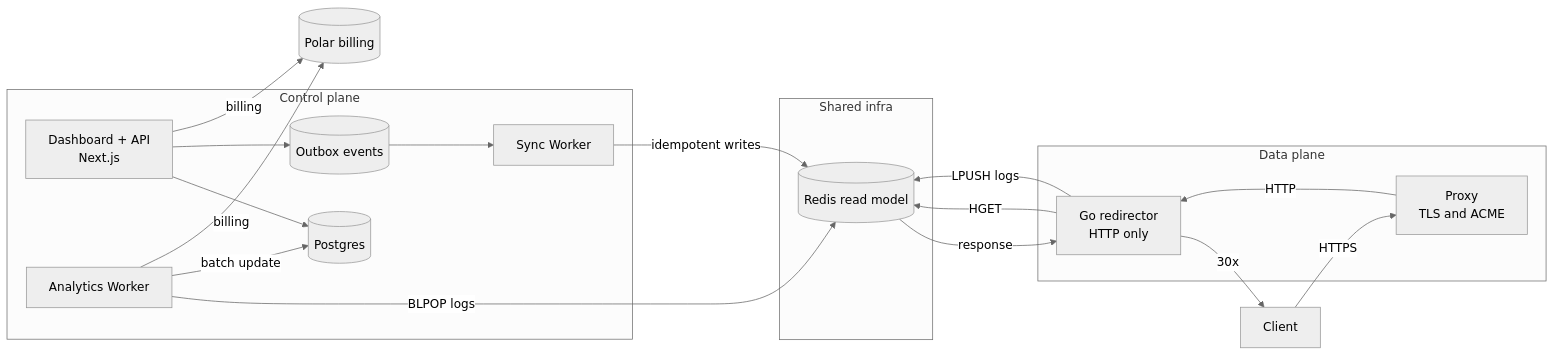
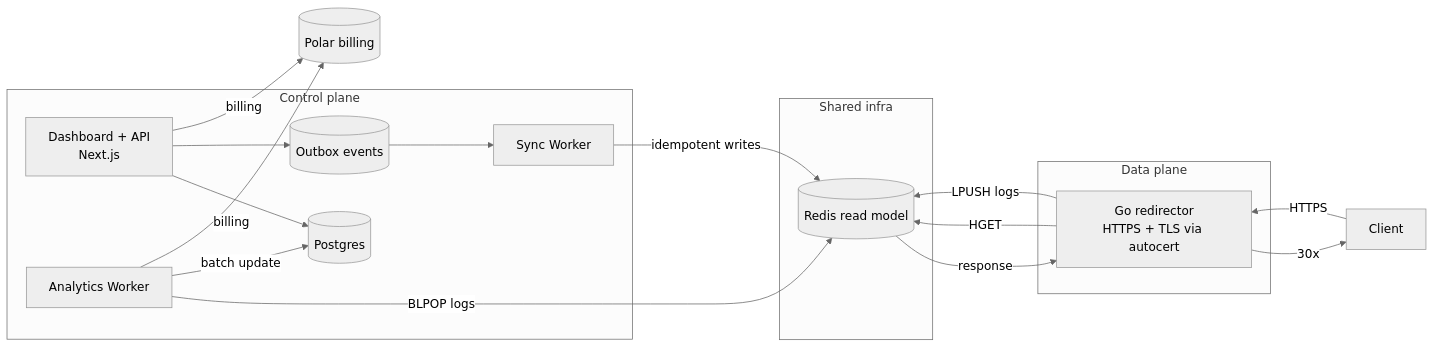
One commit to LeonardoTrapani/rediredge changed the first of 2 diagrams in README.md. Above: the diagram before and after it, drawn with Mermaid (neutral theme). The commit also changed other lines of this file, not shown here.

````diff
--- a/README.md
+++ b/README.md
@@ -34,37 +34,35 @@
 ```mermaid
 flowchart LR
   %% Shared infra (defined first so other sections can reference)
   subgraph SH[Shared infra]
     R[(Redis read model)]
   end
 
   %% Control plane
   subgraph CP[Control plane]
     UI[Dashboard + API<br>Next.js]
     PG[(Postgres)]
     OBQ[(Outbox events)]
     SW[Sync Worker]
     AW[Analytics Worker]
     UI --> PG
     UI --> OBQ
     OBQ --> SW
     SW -->|idempotent writes| R
     AW -->|BLPOP logs| R
     AW -->|batch update| PG
   end
 
   %% Data plane
   subgraph DP[Data plane]
-    PXY[Proxy<br>TLS and ACME]
-    EDGE[Go redirector<br>HTTP only]
-    PXY -->|HTTP| EDGE
+    EDGE[Go redirector<br>HTTPS + TLS via autocert]
     EDGE -->|HGET| R
     R -->|response| EDGE
     EDGE -->|LPUSH logs| R
   end
 
-  C[Client] -->|HTTPS| PXY
+  C[Client] -->|HTTPS| EDGE
   EDGE -->|30x| C
   UI -->|billing| POLAR[(Polar billing)]
   AW -->|billing| POLAR
 ```
````
